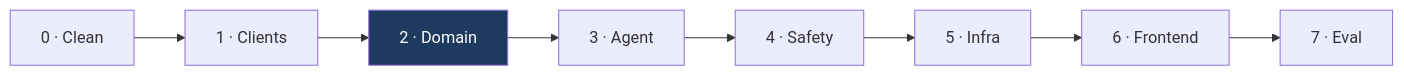
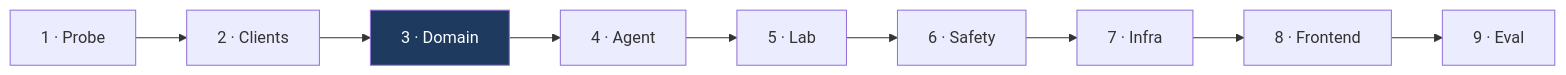
Before and after one commit to KaarthikMS/drugagent: the diagram in docs/implementation-plan.md, drawn with Mermaid. The commit also changed other lines of this file and 5 other files, not shown here.

First line of the commit message:
docs: rewrite architecture, dataflow and plan for full scope

````diff
--- a/docs/implementation-plan.md
+++ b/docs/implementation-plan.md
@@ -180,6 +280,6 @@
 ```mermaid
 flowchart LR
-    P0["0 · Clean"] --> P1["1 · Clients"] --> P2["2 · Domain"] --> P3["3 · Agent"]
-    P3 --> P4["4 · Safety"] --> P5["5 · Infra"] --> P6["6 · Frontend"] --> P7["7 · Eval"]
-    style P2 fill:#1e3a5f,color:#fff
+    S1["1 · Probe"] --> S2["2 · Clients"] --> S3["3 · Domain"] --> S4["4 · Agent"]
+    S4 --> S5["5 · Lab"] --> S6["6 · Safety"] --> S7["7 · Infra"] --> S8["8 · Frontend"] --> S9["9 · Eval"]
+    style S3 fill:#1e3a5f,color:#fff
 ```
````
